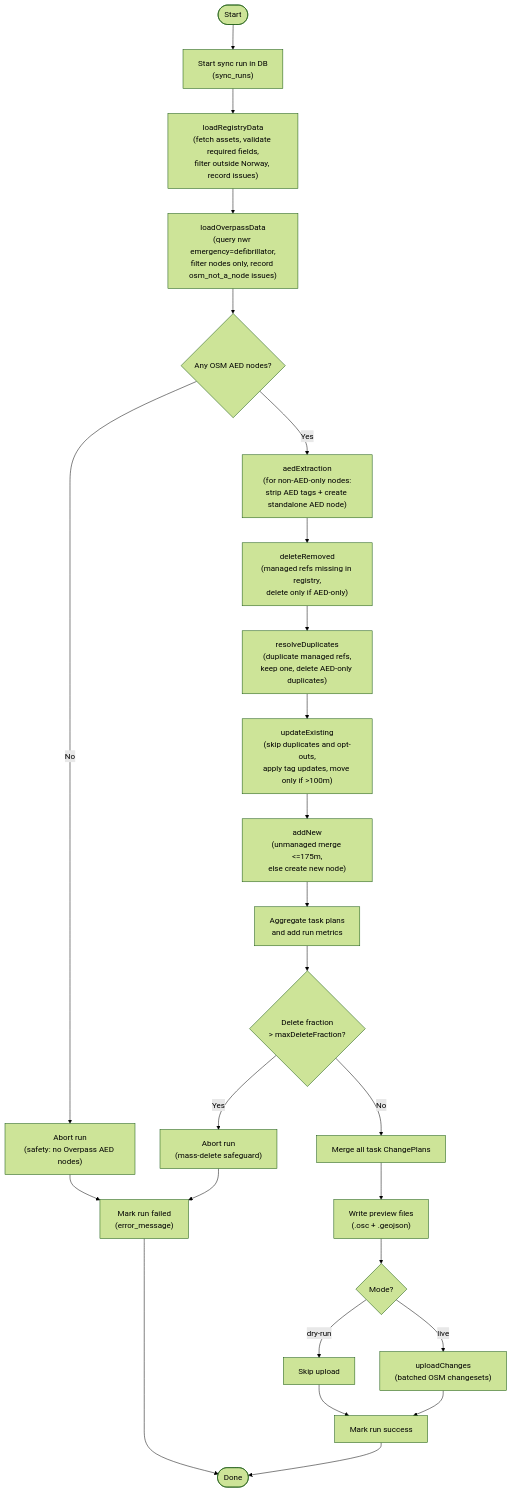
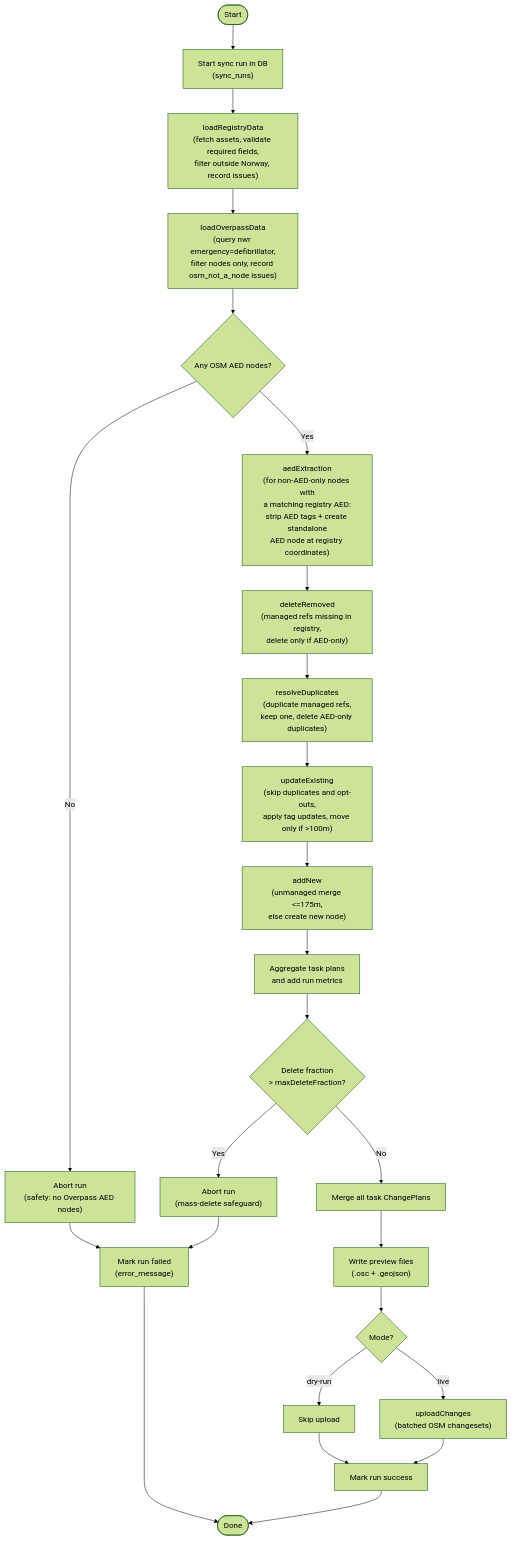
Before and after one commit to Johannes-Andersen/Hjertestarterregister2OSM: the diagram in README.md, drawn with Mermaid (forest theme). The commit also changed other lines of this file and 6 other files, not shown here.

Commit message:
chore: limit aedExtraction to known AEDs

````diff
--- a/README.md
+++ b/README.md
@@ -235,30 +235,30 @@
 ```mermaid
 flowchart TD
     Start([Start]) --> InitRun["Start sync run in DB<br/>(sync_runs)"]
     InitRun --> LoadReg["loadRegistryData<br/>(fetch assets, validate required fields,<br/>filter outside Norway, record issues)"]
     LoadReg --> LoadOSM["loadOverpassData<br/>(query nwr emergency=defibrillator,<br/>filter nodes only, record osm_not_a_node issues)"]
     LoadOSM --> HasOverpass{"Any OSM AED nodes?"}
     HasOverpass -->|No| AbortNoOverpass["Abort run<br/>(safety: no Overpass AED nodes)"]
-    HasOverpass -->|Yes| Extract["aedExtraction<br/>(for non-AED-only nodes:<br/>strip AED tags + create standalone AED node)"]
+    HasOverpass -->|Yes| Extract["aedExtraction<br/>(for non-AED-only nodes with<br/>a matching registry AED:<br/>strip AED tags + create standalone<br/>AED node at registry coordinates)"]
 
     Extract --> DeleteRemoved["deleteRemoved<br/>(managed refs missing in registry,<br/>delete only if AED-only)"]
     DeleteRemoved --> ResolveDup["resolveDuplicates<br/>(duplicate managed refs,<br/>keep one, delete AED-only duplicates)"]
     ResolveDup --> Update["updateExisting<br/>(skip duplicates and opt-outs,<br/>apply tag updates, move only if >100m)"]
     Update --> Add["addNew<br/>(unmanaged merge <=175m,<br/>else create new node)"]
 
     Add --> Metrics["Aggregate task plans<br/>and add run metrics"]
     Metrics --> DeleteGuard{"Delete fraction<br/>> maxDeleteFraction?"}
     DeleteGuard -->|Yes| AbortDelete["Abort run<br/>(mass-delete safeguard)"]
     DeleteGuard -->|No| Merge["Merge all task ChangePlans"]
     Merge --> Write["Write preview files<br/>(.osc + .geojson)"]
     Write --> Mode{"Mode?"}
     Mode -->|dry-run| Dry["Skip upload"]
     Mode -->|live| Live["uploadChanges<br/>(batched OSM changesets)"]
 
     Dry --> Success["Mark run success"]
     Live --> Success
     AbortNoOverpass --> Failed["Mark run failed<br/>(error_message)"]
     AbortDelete --> Failed
     Success --> Done([Done])
     Failed --> Done
 ```
````
